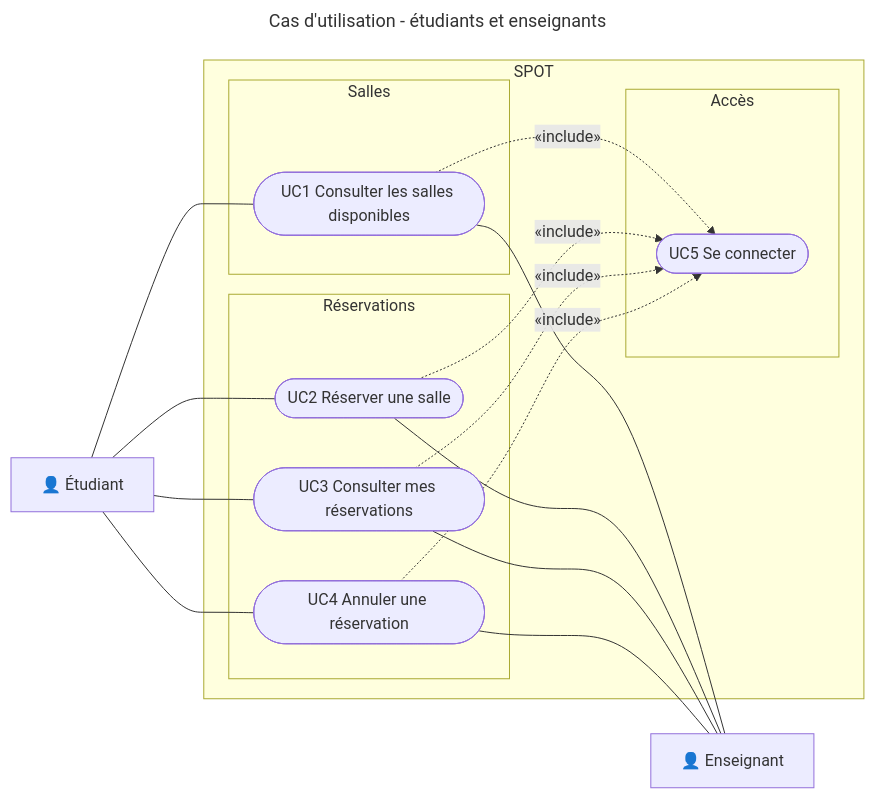
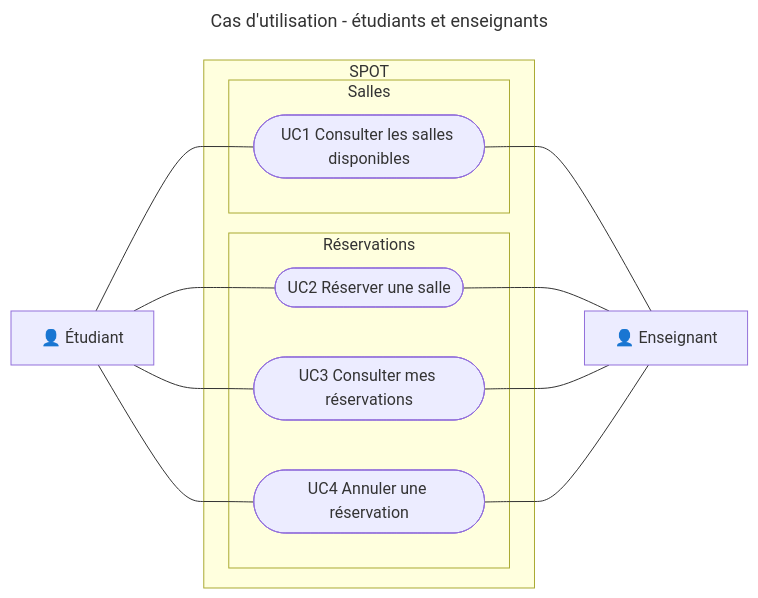
One commit to maximilianpw/spot changed the first of 2 diagrams in docs/projet/02-specifications/cas-utilisation/etudiants-enseignants.md. Above: the diagram before and after it, drawn with Mermaid. The commit also changed other lines of this file, not shown here.

````diff
--- a/docs/projet/02-specifications/cas-utilisation/etudiants-enseignants.md
+++ b/docs/projet/02-specifications/cas-utilisation/etudiants-enseignants.md
@@ -16,33 +18,26 @@
 ```mermaid
 ---
 title: Cas d'utilisation - étudiants et enseignants
 ---
 flowchart LR
   Etudiant["👤 Étudiant"]
   Enseignant["👤 Enseignant"]
   subgraph SPOT ["SPOT"]
     subgraph Salles ["Salles"]
       UC1(["UC1 Consulter les salles disponibles"])
     end
     subgraph Reservations ["Réservations"]
       UC2(["UC2 Réserver une salle"])
       UC3(["UC3 Consulter mes réservations"])
       UC4(["UC4 Annuler une réservation"])
     end
-    subgraph Acces ["Accès"]
-      UC5(["UC5 Se connecter"])
-    end
   end
   Etudiant --- UC1
   Etudiant --- UC2
   Etudiant --- UC3
   Etudiant --- UC4
   UC1 --- Enseignant
   UC2 --- Enseignant
   UC3 --- Enseignant
   UC4 --- Enseignant
-  UC1 -.->|"«include»"| UC5
-  UC2 -.->|"«include»"| UC5
-  UC3 -.->|"«include»"| UC5
-  UC4 -.->|"«include»"| UC5
 ```
````
